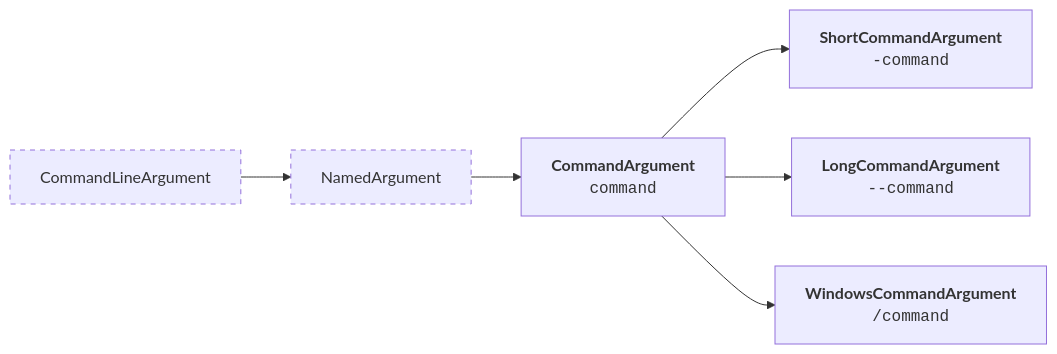
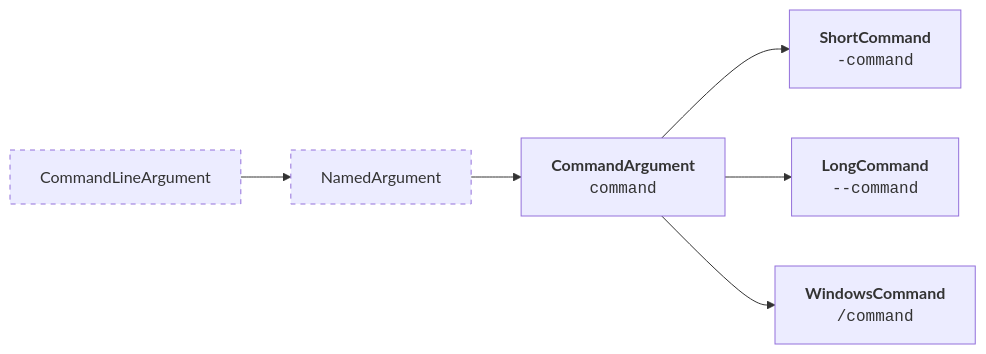
One commit to pyTooling/pyTooling.CLIAbstraction changed the second of 3 diagrams in doc/Arguments.rst. Above: the diagram before and after it, drawn with Mermaid. The commit also changed other lines of this file and 6 other files, not shown here.

```diff
--- a/doc/Arguments.rst
+++ b/doc/Arguments.rst
@@ -198,11 +198,11 @@
 .. mermaid::
 
    graph LR;
      CLA[CommandLineArgument]
      style CLA stroke-dasharray: 5 5
      CLA --> NA[NamedArgument]
      style NA stroke-dasharray: 5 5
      NA --> CA["<b>CommandArgument</b><br/><div style='font-family: monospace'>command</div>"];
-     CA --> SCA["<b>ShortCommandArgument</b><br/><div style='font-family: monospace'>-command</div>"];
-     CA --> LCA["<b>LongCommandArgument</b><br/><div style='font-family: monospace'>--command</div>"];
-     CA --> WCA["<b>WindowsCommandArgument</b><br/><div style='font-family: monospace'>/command</div>"];
+     CA --> SCA["<b>ShortCommand</b><br/><div style='font-family: monospace'>-command</div>"];
+     CA --> LCA["<b>LongCommand</b><br/><div style='font-family: monospace'>--command</div>"];
+     CA --> WCA["<b>WindowsCommand</b><br/><div style='font-family: monospace'>/command</div>"];
```
